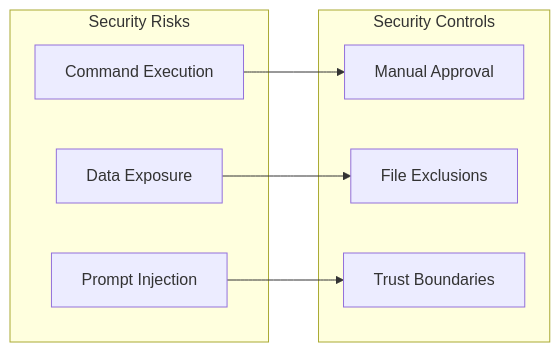
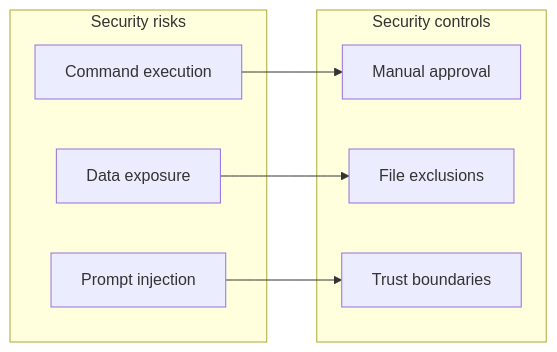
One commit to cursor-estonia/lab-materials changed the diagram in docs/4-agent-security-guide.md. Above: the diagram before and after it, drawn with Mermaid. The commit also changed other lines of this file and 4 other files, not shown here.

````diff
--- a/docs/4-agent-security-guide.md
+++ b/docs/4-agent-security-guide.md
@@ -23,18 +23,18 @@
 ```mermaid
 flowchart LR
-    subgraph RISKS["Security Risks"]
-        A[Command Execution]
-        B[Data Exposure]
-        C[Prompt Injection]
+    subgraph RISKS["Security risks"]
+        A[Command execution]
+        B[Data exposure]
+        C[Prompt injection]
     end
 
-    subgraph CONTROLS["Security Controls"]
-        D[Manual Approval]
-        E[File Exclusions]
-        F[Trust Boundaries]
+    subgraph CONTROLS["Security controls"]
+        D[Manual approval]
+        E[File exclusions]
+        F[Trust boundaries]
     end
 
     A --> D
     B --> E
     C --> F
 ```
````
